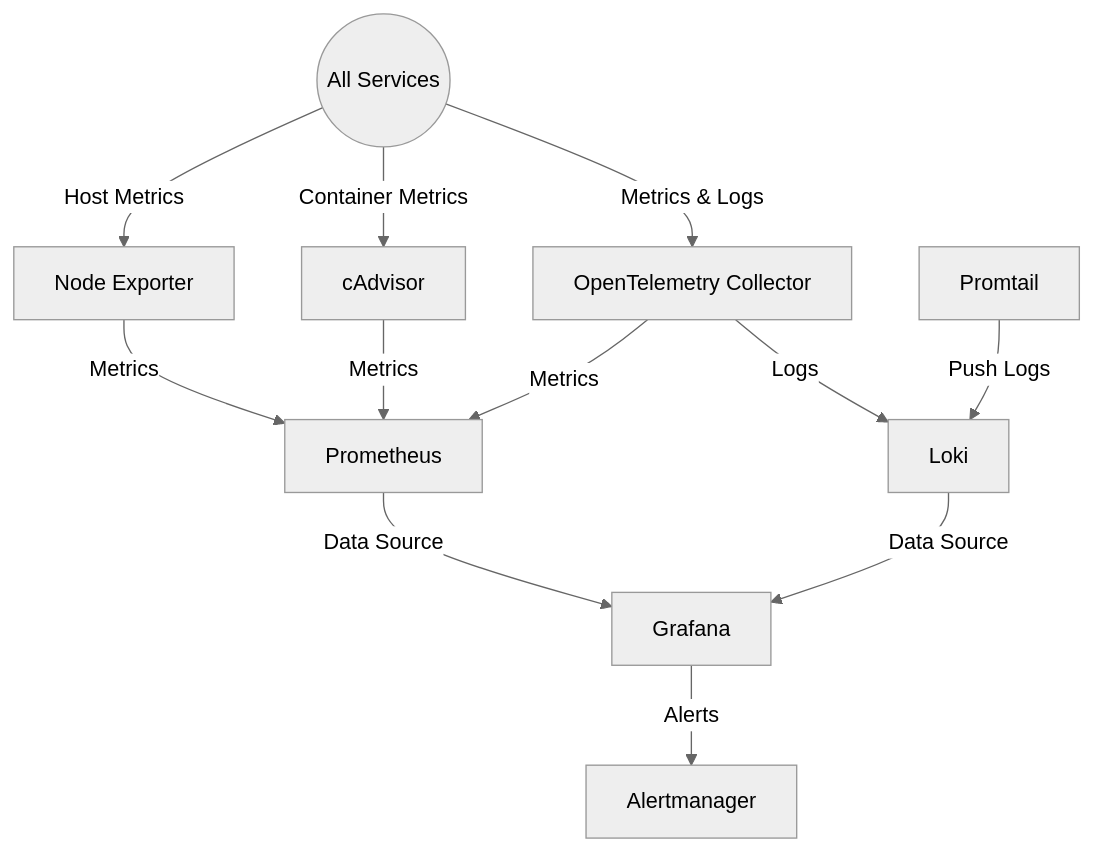
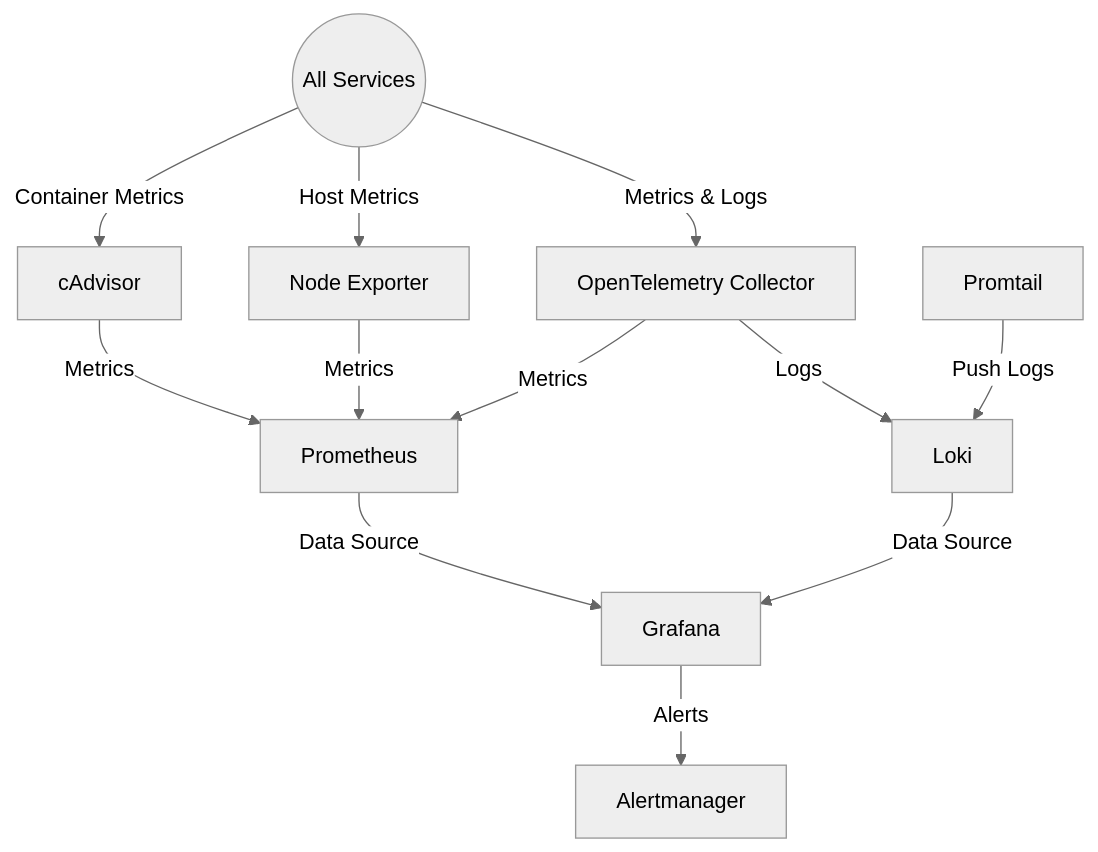
One commit to danialmd81/Code-Star-Project changed the seventh of 8 diagrams in diagrams/services-diageam.md. Above: the diagram before and after it, drawn with Mermaid (neutral theme). The commit also changed other lines of this file and 4 other files, not shown here.

````diff
--- a/diagrams/services-diageam.md
+++ b/diagrams/services-diageam.md
@@ -129,14 +135,14 @@
 ```mermaid
 graph TD
   AllServices((All Services)) -->|Metrics & Logs| OpenTelemetry[OpenTelemetry Collector]
   AllServices -->|Host Metrics| NodeExporter[Node Exporter]
   AllServices -->|Container Metrics| cAdvisor[cAdvisor]
+  Promtail[Promtail] -->|Push Logs| Loki
   OpenTelemetry -->|Logs| Loki[Loki]
   NodeExporter -->|Metrics| Prometheus
   cAdvisor -->|Metrics| Prometheus
   OpenTelemetry -->|Metrics| Prometheus[Prometheus]
-  Promtail[Promtail] -->|Push Logs| Loki
   Prometheus -->|Data Source| Grafana[Grafana]
   Loki -->|Data Source| Grafana
   Grafana -->|Alerts| AlertManager[Alertmanager]
 ```
````
